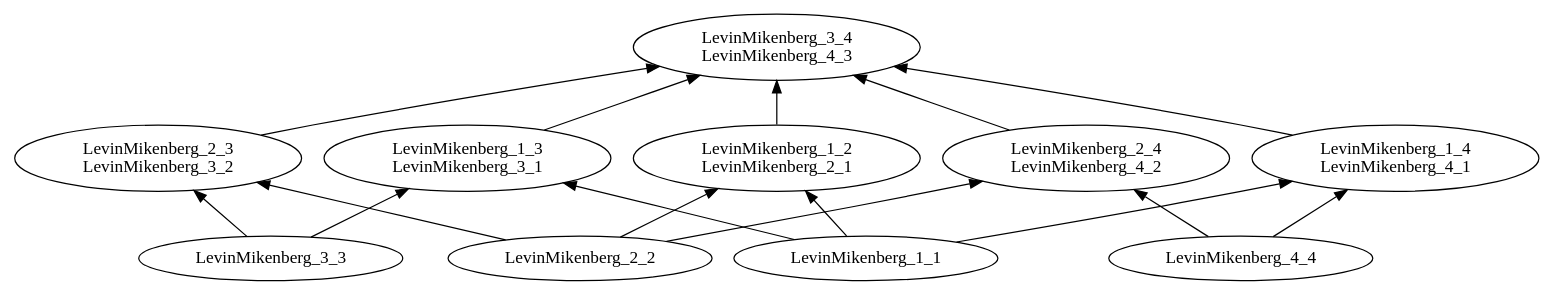
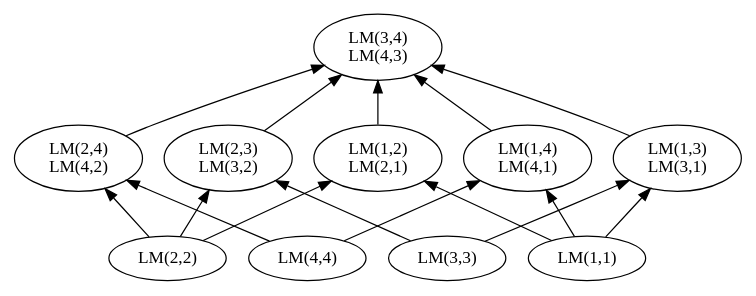
Before and after one commit to evgene-sh/Logics: the diagram in results/LM16.dot, drawn with Graphviz. The commit also changed 197 other files, not shown here.

```diff
--- a/results/LM16.dot
+++ b/results/LM16.dot
@@ -1,34 +1,34 @@
 digraph {
 	graph [rankdir=BT]
-	0 [label="LevinMikenberg_1_4
-LevinMikenberg_4_1"]
-	1 [label="LevinMikenberg_1_3
-LevinMikenberg_3_1"]
-	2 [label=LevinMikenberg_3_3]
-	3 [label="LevinMikenberg_2_3
-LevinMikenberg_3_2"]
-	4 [label="LevinMikenberg_1_2
-LevinMikenberg_2_1"]
-	5 [label="LevinMikenberg_2_4
-LevinMikenberg_4_2"]
-	6 [label="LevinMikenberg_3_4
-LevinMikenberg_4_3"]
-	7 [label=LevinMikenberg_1_1]
-	8 [label=LevinMikenberg_2_2]
-	9 [label=LevinMikenberg_4_4]
-	5 -> 6
+	0 [label="LM(2,2)"]
+	1 [label="LM(2,4)
+LM(4,2)"]
+	2 [label="LM(2,3)
+LM(3,2)"]
+	3 [label="LM(3,3)"]
+	4 [label="LM(1,2)
+LM(2,1)"]
+	5 [label="LM(3,4)
+LM(4,3)"]
+	6 [label="LM(4,4)"]
+	7 [label="LM(1,1)"]
+	8 [label="LM(1,3)
+LM(3,1)"]
+	9 [label="LM(1,4)
+LM(4,1)"]
+	7 -> 9
+	3 -> 8
+	0 -> 2
+	9 -> 5
+	4 -> 5
+	8 -> 5
 	7 -> 4
-	8 -> 5
-	0 -> 6
-	8 -> 4
-	7 -> 0
-	2 -> 1
-	1 -> 6
-	7 -> 1
-	9 -> 5
-	4 -> 6
-	3 -> 6
-	8 -> 3
-	2 -> 3
-	9 -> 0
+	3 -> 2
+	0 -> 4
+	6 -> 1
+	2 -> 5
+	1 -> 5
+	7 -> 8
+	0 -> 1
+	6 -> 9
 }
```
